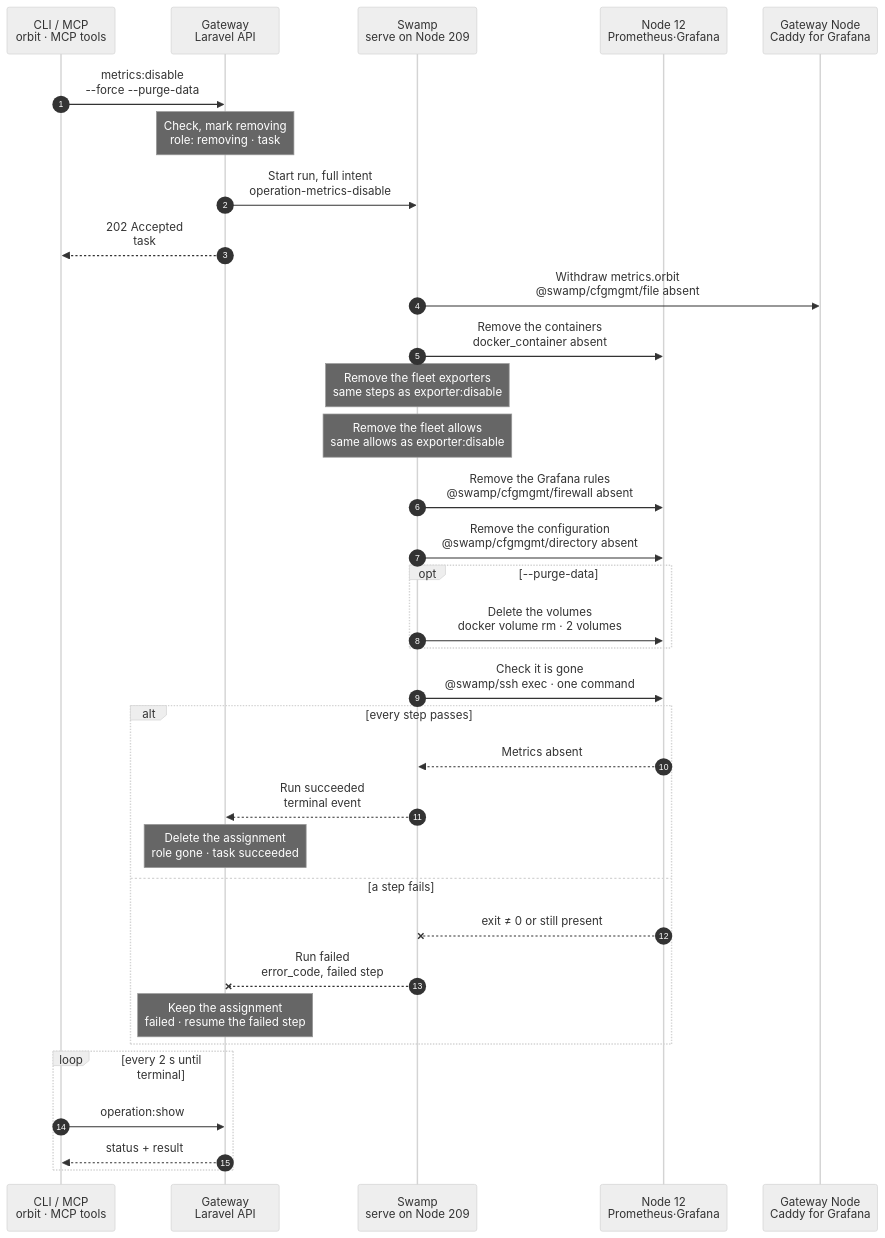
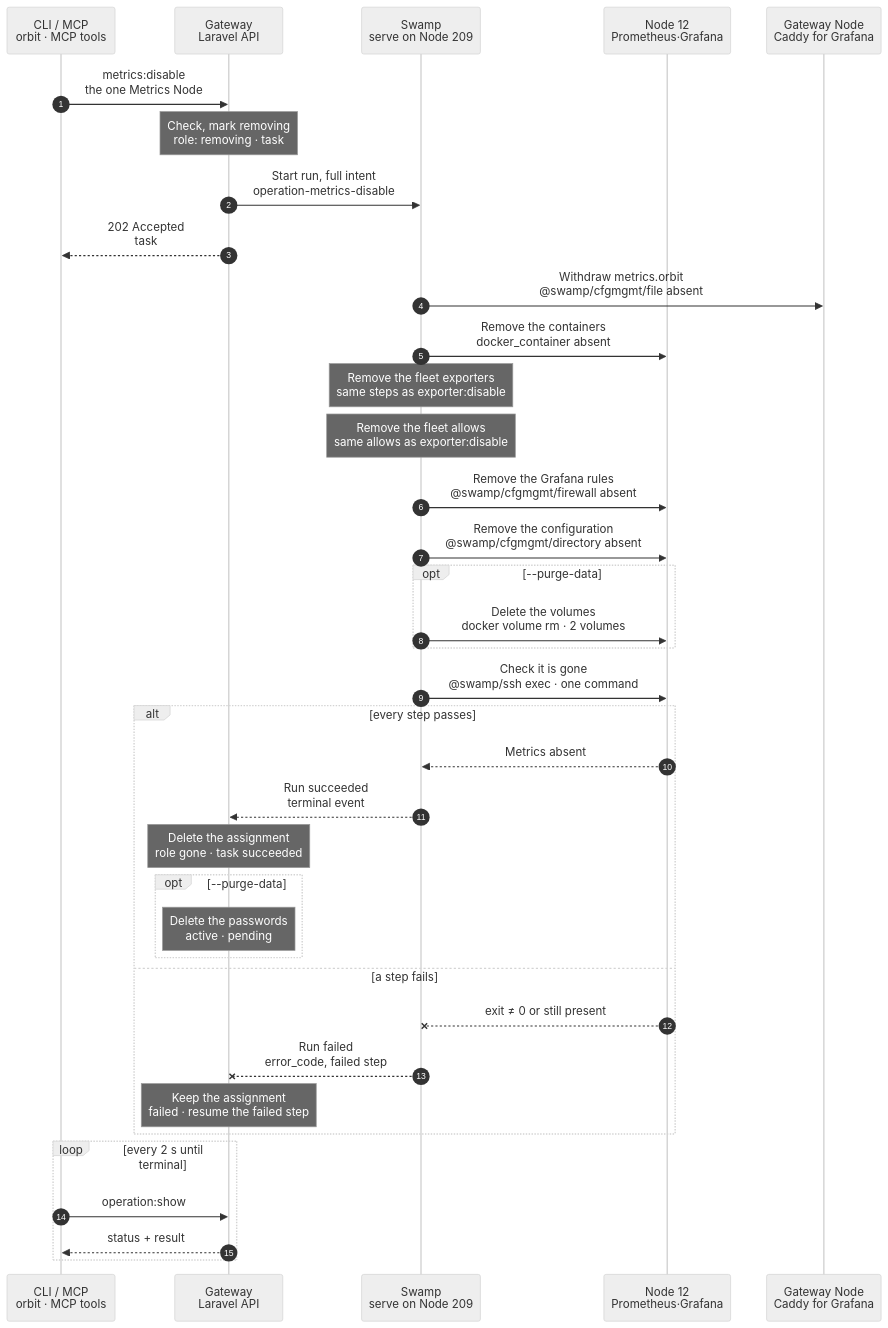
One commit to hardimpactdev/orbit changed the diagram in docs/cli/metrics/disable.mmd. Above: the diagram before and after it, drawn with Mermaid (neutral theme). The commit also changed 2 other files, not shown here.

Commit message:
docs(cli): draw project and metrics charts with a required-only main path
Rule 23: metrics:disable and project:maintenance:inspect drop optional
flags from the main call and draw what --purge-data and --open add in
their own opt blocks. metrics:credentials keeps --reset on its main line,
because its kind only exists with that flag; the call line now shows no
other optional flag.

```diff
--- a/docs/cli/metrics/disable.mmd
+++ b/docs/cli/metrics/disable.mmd
@@ -1,130 +1,138 @@
 sequenceDiagram
   %% Target design: ADR 0244 task, DECISIONS R1-R4, metrics.exporter_disable decisions (order, full reverse), single-swamp-node. docs/reference/metrics.md#disable-and-purge.
   %% Tightened: flow-tighten 2026-11-02, rules 17, 22 (cfgmgmt absent applies named; their checks are the end check).
   %% status: draft
   %% command: metrics:disable
   %% kind: metrics.disable
+  %% Rule 23: 2026-11-03 required-only main path.
   autonumber
   %% lane CLI icon=terminal pill=caller tone=gray
   %% lane GW icon=gateway pill=intent tone=blue
   %% lane SW icon=workflow pill=executes tone=green
   %% lane N icon=server pill=target tone=amber
   %% lane G icon=server pill=target tone=purple
   participant CLI as CLI / MCP<br/>orbit · MCP tools
   participant GW as Gateway<br/>Laravel API
   participant SW as Swamp<br/>serve on Node 209
   participant N as Node 12<br/>Prometheus·Grafana
   participant G as Gateway Node<br/>Caddy for Grafana
-  CLI->>GW: metrics:disable<br/>--force --purge-data
+  CLI->>GW: metrics:disable<br/>the one Metrics Node
   %%> Command:
-  %%> - `orbit metrics:disable --force`
+  %%> - `orbit metrics:disable`
   %%> - syntax: `[--force] [--purge-data] [--json]`
   %%> Input:
   %%> - no Node: the role has one holder, here Node 12
-  %%> - `--purge-data` also deletes the Prometheus and Grafana volumes and the stored Grafana passwords
+  %%> - `--purge-data`, optional: also deletes the Prometheus and Grafana volumes and the stored Grafana passwords (the `opt --purge-data` blocks); by default they stay
+  %%> - `--force`, optional: skips the confirmation
+  %%> - `--json`, optional: return the final task as JSON
   %%> Confirmation:
   %%> - in a terminal, the CLI shows what goes and asks; the default is No
   %%> - `--force` is required without a terminal, with `--json`, and with `--purge-data` (`metrics.force_required`)
   Note over GW: Check, mark removing<br/>role: removing · task #5174
   %%> Requirements:
   %%> - exactly one active Gateway Node, and your Node has an access grant to it
   %%> - a `metrics` role exists on Node 12
   %%> - no other Metrics change runs; the Gateway holds one Metrics lock
   %%> Builds:
   %%> - the list of exporter Nodes, the Caddy site, the private DNS name and the firewall rules to remove
   %%> Result:
   %%> - the role marked removing, and task #5174 recorded with the full intent
   GW->>SW: Start run, full intent<br/>operation-metrics-disable
   %%> What it does:
   %%> - starts one Swamp run on serve (Node 209)
   %%> Inputs:
   %%> - what to remove, and with `--purge-data` the two exact volume names
   %%> - Node 12's and the Gateway Node's addresses and SSH host keys; the SSH identity comes from the `swamp` role
   GW-->>CLI: 202 Accepted<br/>task #5174
   %%> What you get:
   %%> - the task number, at once
   %%> Next:
   %%> - the CLI follows the task with `operation:show`
   SW->>G: Withdraw metrics.orbit<br/>@swamp/cfgmgmt/file absent
   %%> What it does:
   %%> - removes the `metrics.orbit` site from the Gateway Node's Caddyfile, validates it, and reloads Caddy gracefully
   %%> - removes the `metrics.orbit` private DNS name through the shared DNS step on the `vpn` Node
   %%> - removes the site's certificate and key
   %%> Why first:
   %%> - nobody reaches Grafana while it goes away
   SW->>N: Remove the containers<br/>docker_container absent
   %%> What it does:
   %%> - stops and removes `orbit-metrics-prometheus` and `orbit-metrics-grafana`, and their unit files
   %%> - Prometheus stops collecting before any exporter goes
   %%> How:
   %%> - official `@swamp/cfgmgmt` behaviors (systemd, docker_container, file) over SSH from 209
   Note over SW: Remove the fleet exporters<br/>same steps as exporter:disable
   %%> What it does:
   %%> - for each exporter Node: stops and removes the exporters and the `prometheus-node-exporter` package, one Node at a time
   %%> - the same steps that `metrics:exporter:disable` runs for one Node
   %%> Kept:
   %%> - each Node's exporter preference, so a later enable selects the same Nodes
   Note over SW: Remove the fleet allows<br/>same allows as exporter:disable
   %%> What it does:
   %%> - for each exporter Node: removes the firewall allows for Node 12, one Node at a time
   %%> How:
   %%> - the `metrics-exporter-allows` child that `metrics:exporter:disable` runs
   SW->>N: Remove the Grafana rules<br/>@swamp/cfgmgmt/firewall absent
   %%> What it does:
   %%> - removes the allow for the Gateway Node
   %%> How:
   %%> - official `@swamp/cfgmgmt/firewall` over SSH from 209
   SW->>N: Remove the configuration<br/>@swamp/cfgmgmt/directory absent
   %%> What it does:
   %%> - deletes the configuration directory and the Grafana password file
   %%> Kept:
   %%> - Docker and the installed packages
   opt --purge-data
     SW->>N: Delete the volumes<br/>docker volume rm · 2 volumes
     %%> What it does:
     %%> - deletes exactly the Prometheus and Grafana volumes, so all metrics history and dashboards go
     %%> Without --purge-data:
     %%> - both volumes stay, so a later enable continues with the old data
   end
   SW->>N: Check it is gone<br/>@swamp/ssh exec · one command
   %%> What it does:
   %%> - one command fails unless no `orbit-metrics-` container and no `/etc/orbit/metrics` remain
   %%> - a cfgmgmt `check` reports drift without failing, so it cannot be the end check
   %%> Why:
   %%> - the role only counts as removed when Node 12 shows it
   alt every step passes
     N-->>SW: Metrics absent
     %%> Returns:
     %%> - the check passed
     SW-->>GW: Run succeeded<br/>terminal event
     %%> How the Gateway learns it:
     %%> - its shared run reader sees the terminal event; Swamp never calls the Gateway
     Note over GW: Delete the assignment<br/>role gone · task succeeded
     %%> Result:
     %%> - the `metrics` assignment is deleted, and the exporters are recorded as removed
-    %%> - the stored Grafana password stays, unless `--purge-data`; then the active and pending passwords are deleted
+    %%> - the stored Grafana password stays
     %%> - task #5174 succeeds
+    opt --purge-data
+      Note over GW: Delete the passwords<br/>active · pending
+      %%> Result:
+      %%> - the active and pending Grafana passwords are deleted
+    end
   else a step fails
     N--xSW: exit ≠ 0 or still present
     %%> When:
     %%> - a Caddy, container, exporter, firewall, removal or check step fails
     SW--xGW: Run failed<br/>error_code, failed step
     %%> The Gateway reads:
     %%> - which step failed and its error code
     Note over GW: Keep the assignment<br/>failed · resume the failed step
     %%> Result:
     %%> - the assignment and the Grafana passwords stay; the role is marked failed with the step's error code
     %%> - task #5174 fails
     %%> On the Node:
     %%> - parts removed before the failure stay removed; there is no rollback
     %%> Retry:
     %%> - Swamp resumes from the failed step, or run the same command again; removal steps skip what is already gone
   end
   loop every 2 s until terminal
     CLI->>GW: operation:show #5174
     %%> What it does:
     %%> - asks for the task's status every 2 seconds until it has ended
     GW-->>CLI: status + result
     %%> Returns:
     %%> - the current status, and the result once the task has ended
   end
```
